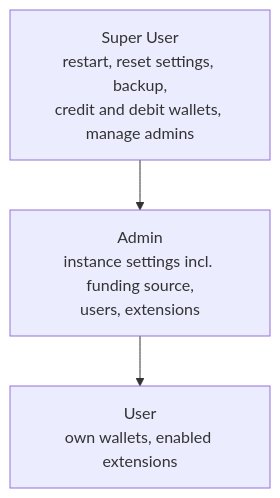
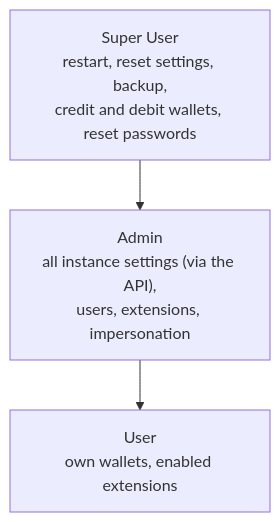
The third of 3 diagrams in docs/architecture/overview.md (lndocs/lndocs.github.io), drawn with Mermaid before and after one commit. The commit also changed other lines of this file and 6 other files, not shown here.

First line of the commit message:
Architecture pages: harsh critic pass (#16)

````diff
--- a/docs/architecture/overview.md
+++ b/docs/architecture/overview.md
@@ -188,8 +188,8 @@
 ```mermaid
 flowchart TB
-    SU["Super User<br/>restart, reset settings, backup,<br/>credit and debit wallets, manage admins"]
-    AD["Admin<br/>instance settings incl. funding source,<br/>users, extensions"]
+    SU["Super User<br/>restart, reset settings, backup,<br/>credit and debit wallets, reset passwords"]
+    AD["Admin<br/>all instance settings (via the API),<br/>users, extensions, impersonation"]
     US["User<br/>own wallets, enabled extensions"]
 
     SU --> AD --> US
 ```
````
